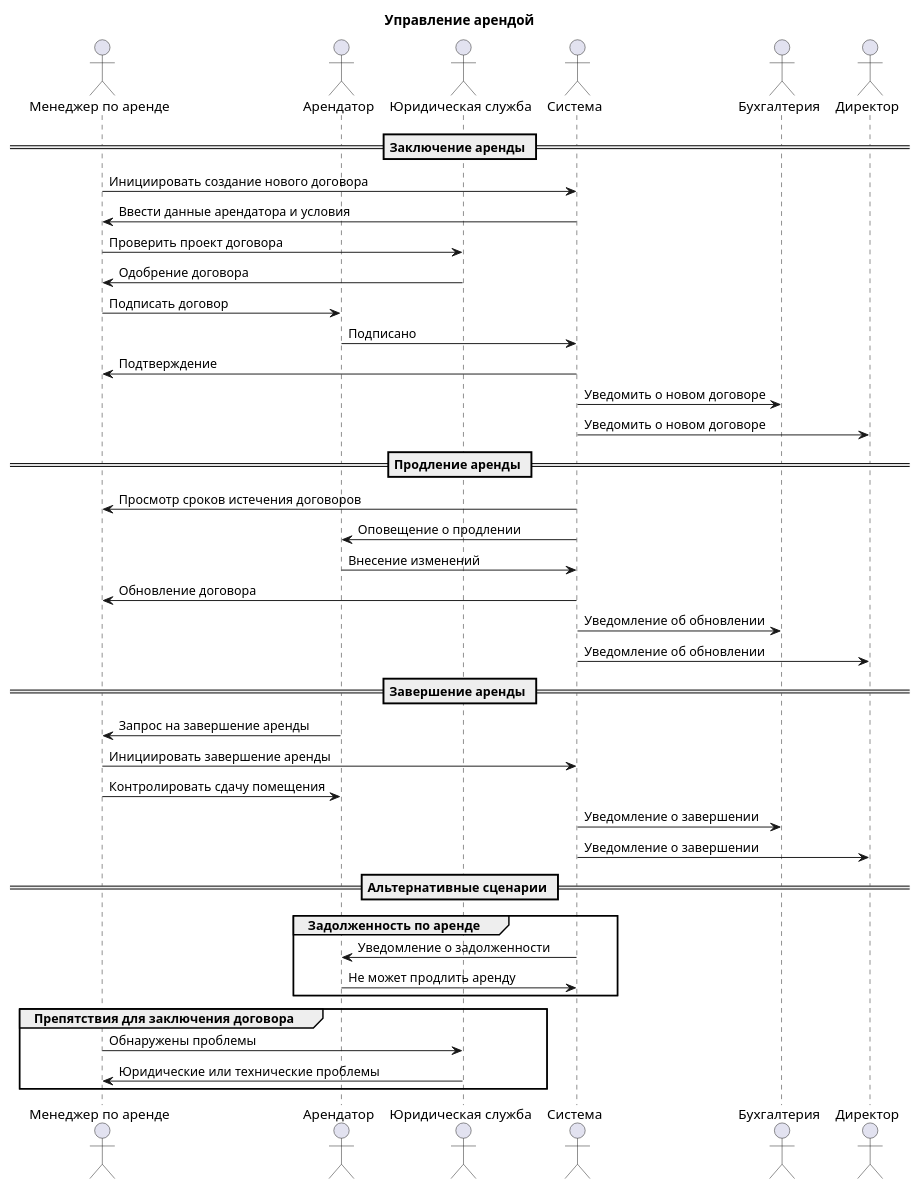
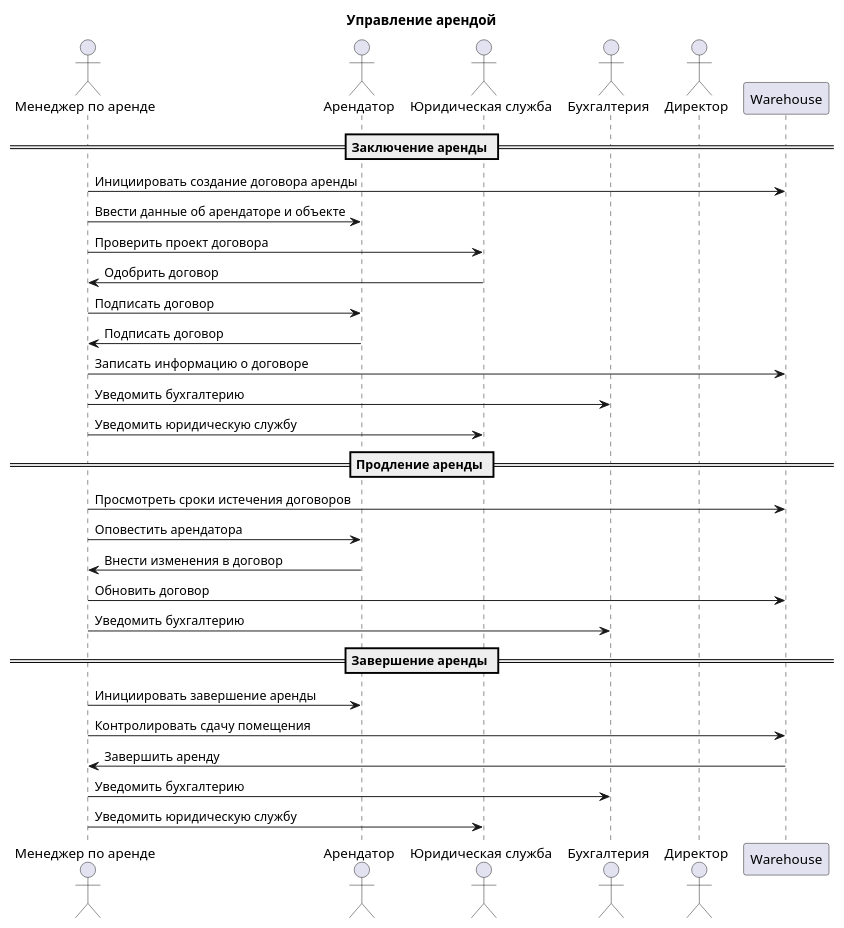
One commit to penamarth/bsbo-14-22_team5_var6 changed the diagram in Precedents/Управление арендой/Диаграмма последовательности.md. Above: the diagram before and after it, drawn with PlantUML. The commit also changed 9 other files, not shown here.

````diff
--- a/Precedents/Управление арендой/Диаграмма последовательности.md
+++ b/Precedents/Управление арендой/Диаграмма последовательности.md
@@ -1,50 +1,37 @@
 ```plantuml
 @startuml
-actor "Менеджер по аренде" as rentalManager
+actor "Менеджер по аренде" as leaseManager
 actor "Арендатор" as tenant
-actor "Юридическая служба" as legalDepartment
-actor "Система" as system
+actor "Юридическая служба" as legal
 actor "Бухгалтерия" as accounting
 actor "Директор" as director
 
 title Управление арендой
 
 == Заключение аренды ==
-rentalManager -> system: Инициировать создание нового договора
-system -> rentalManager: Ввести данные арендатора и условия
-rentalManager -> legalDepartment: Проверить проект договора
-legalDepartment -> rentalManager: Одобрение договора
-rentalManager -> tenant: Подписать договор
-tenant -> system: Подписано
-system -> rentalManager: Подтверждение
-system -> accounting: Уведомить о новом договоре
-system -> director: Уведомить о новом договоре
+leaseManager -> Warehouse: Инициировать создание договора аренды
+leaseManager -> tenant: Ввести данные об арендаторе и объекте
+leaseManager -> legal: Проверить проект договора
+legal -> leaseManager: Одобрить договор
+leaseManager -> tenant: Подписать договор
+tenant -> leaseManager: Подписать договор
+leaseManager -> Warehouse: Записать информацию о договоре
+leaseManager -> accounting: Уведомить бухгалтерию
+leaseManager -> legal: Уведомить юридическую службу
 
 == Продление аренды ==
-system -> rentalManager: Просмотр сроков истечения договоров
-system -> tenant: Оповещение о продлении
-tenant -> system: Внесение изменений
-system -> rentalManager: Обновление договора
-system -> accounting: Уведомление об обновлении
-system -> director: Уведомление об обновлении
+leaseManager -> Warehouse: Просмотреть сроки истечения договоров
+leaseManager -> tenant: Оповестить арендатора
+tenant -> leaseManager: Внести изменения в договор
+leaseManager -> Warehouse: Обновить договор
+leaseManager -> accounting: Уведомить бухгалтерию
 
 == Завершение аренды ==
-tenant -> rentalManager: Запрос на завершение аренды
-rentalManager -> system: Инициировать завершение аренды
-rentalManager -> tenant: Контролировать сдачу помещения
-system -> accounting: Уведомление о завершении
-system -> director: Уведомление о завершении
-
-== Альтернативные сценарии ==
-group Задолженность по аренде
-    system -> tenant: Уведомление о задолженности
-    tenant -> system: Не может продлить аренду
-end
-
-group Препятствия для заключения договора
-    rentalManager -> legalDepartment: Обнаружены проблемы
-    legalDepartment -> rentalManager: Юридические или технические проблемы
-end
+leaseManager -> tenant: Инициировать завершение аренды
+leaseManager -> Warehouse: Контролировать сдачу помещения
+Warehouse -> leaseManager: Завершить аренду
+leaseManager -> accounting: Уведомить бухгалтерию
+leaseManager -> legal: Уведомить юридическую службу
 
 @enduml
 ```
````
